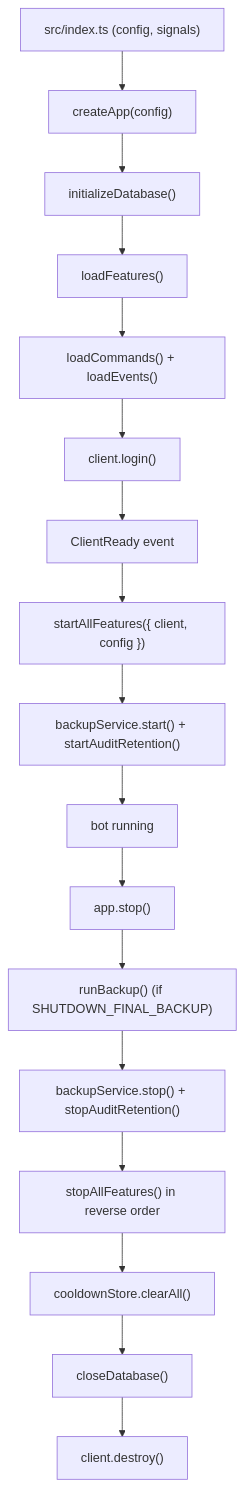
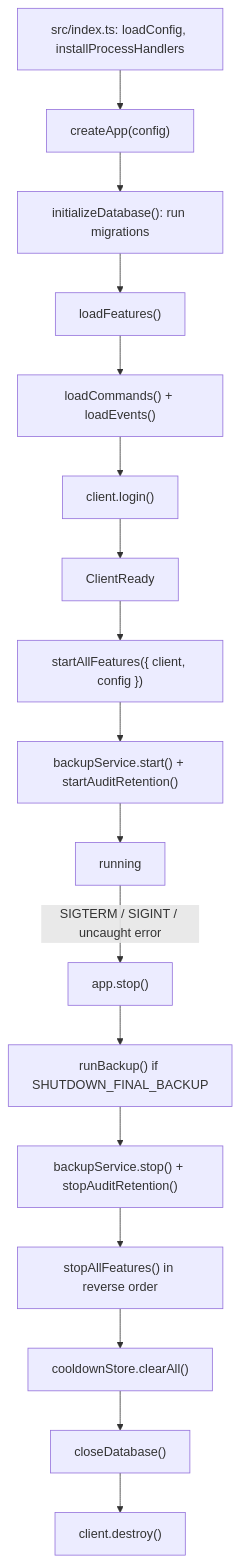
Before and after one commit to iam74k4/Bot-Discord: the sixth of 6 diagrams in docs/architecture.md, drawn with Mermaid. The commit also changed other lines of this file and 25 other files, not shown here.

First line of the commit message:
docs/ops: 構成図・staging/production 運用手順・ALLOWED_GUILD_IDS (#218)

````diff
--- a/docs/architecture.md
+++ b/docs/architecture.md
@@ -228,19 +234,19 @@
 ```mermaid
 flowchart TD
-  main["src/index.ts (config, signals)"] --> createApp["createApp(config)"]
-  createApp --> initDb["initializeDatabase()"]
+  main["src/index.ts: loadConfig, installProcessHandlers"] --> createApp["createApp(config)"]
+  createApp --> initDb["initializeDatabase(): run migrations"]
   initDb --> loadFeatures["loadFeatures()"]
   loadFeatures --> loadDiscord["loadCommands() + loadEvents()"]
   loadDiscord --> login["client.login()"]
-  login --> ready["ClientReady event"]
+  login --> ready["ClientReady"]
   ready --> featureStart["startAllFeatures({ client, config })"]
   featureStart --> backupStart["backupService.start() + startAuditRetention()"]
-  backupStart --> running["bot running"]
-  running --> shutdown["app.stop()"]
-  shutdown --> finalBackup["runBackup() (if SHUTDOWN_FINAL_BACKUP)"]
+  backupStart --> running["running"]
+  running -- "SIGTERM / SIGINT / uncaught error" --> shutdown["app.stop()"]
+  shutdown --> finalBackup["runBackup() if SHUTDOWN_FINAL_BACKUP"]
   finalBackup --> backupStop["backupService.stop() + stopAuditRetention()"]
   backupStop --> featureStop["stopAllFeatures() in reverse order"]
   featureStop --> cooldowns["cooldownStore.clearAll()"]
   cooldowns --> closeDb["closeDatabase()"]
   closeDb --> destroyClient["client.destroy()"]
 ```
````
